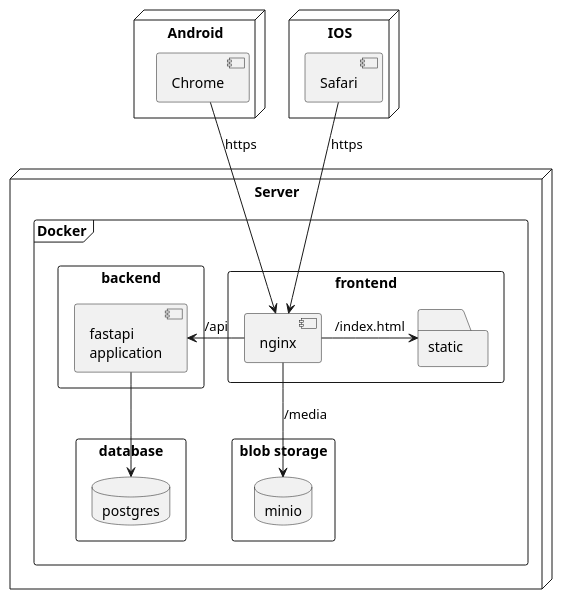
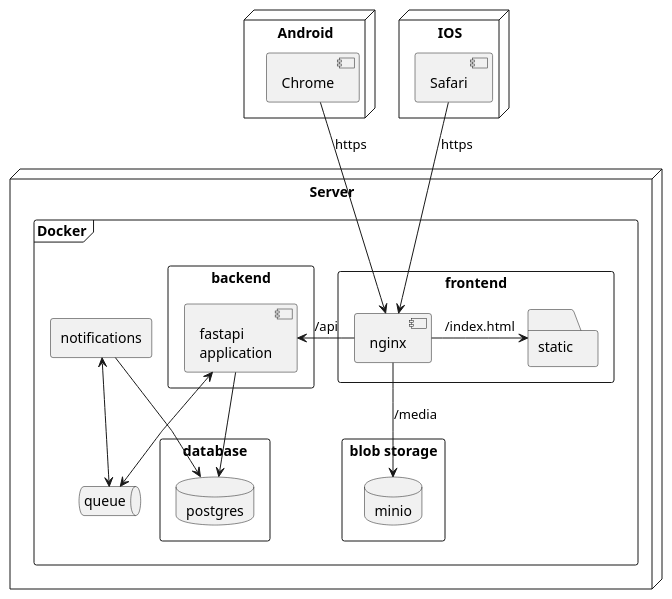
One commit to kluchi/diagrams changed the diagram in deployment.puml. Above: the diagram before and after it, drawn with PlantUML. The commit also changed 4 other files, not shown here.

```diff
--- a/deployment.puml
+++ b/deployment.puml
@@ -1,67 +1,79 @@
 @startuml deployment
 
 'left to right direction
 
 'skinparam linetype ortho
 skinparam linetype polyline
 
 skinparam nodesep 25
 skinparam ranksep 20
 
 
 node Server {
     frame Docker {
         rectangle frontend {
             component nginx {
 
             }
             folder static {
 
             }
         }
 
         rectangle backend {
             component api_server [fastapi 
             application]
         }
 
+        queue queue {
+
+        }
+
+        rectangle notifications {
+
+        }
+
         rectangle database {
             database postgres
         }
 
         rectangle "blob storage" as blob {
             database minio
         }
     }
 }
 
 
 
-    node Android as andoid {
+node Android as andoid {
     component Chrome {
 
     }
 }
 
 node IOS as ios {
     component Safari {
 
     }
 }
 
 
 
 
 nginx -l-> api_server : /api
 nginx -r-> static : /index.html
 
 nginx -d-> minio : /media
 
 
 api_server --> postgres
+api_server <--> queue
+
+notifications <--> queue
+notifications --> postgres
 
 Safari --> nginx : https
 
 Chrome --> nginx : https
 
 @enduml
```
